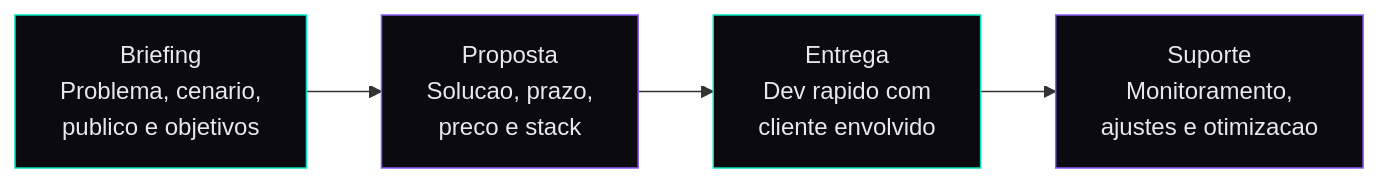
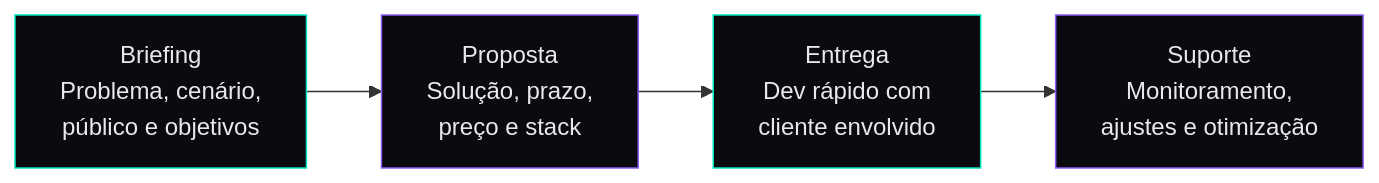
The diagram in README.md (barbosamaker/barbosamaker), drawn with Mermaid before and after one commit. The commit also changed other lines of this file, not shown here.

````diff
--- a/README.md
+++ b/README.md
@@ -219,11 +222,11 @@
 ```mermaid
 graph LR
-    A["Briefing<br/>Problema, cenario,<br/>publico e objetivos"] --> B["Proposta<br/>Solucao, prazo,<br/>preco e stack"]
-    B --> C["Entrega<br/>Dev rapido com<br/>cliente envolvido"]
-    C --> D["Suporte<br/>Monitoramento,<br/>ajustes e otimizacao"]
+    A["Briefing<br/>Problema, cenário,<br/>público e objetivos"] --> B["Proposta<br/>Solução, prazo,<br/>preço e stack"]
+    B --> C["Entrega<br/>Dev rápido com<br/>cliente envolvido"]
+    C --> D["Suporte<br/>Monitoramento,<br/>ajustes e otimização"]
 
     style A fill:#0a0a0f,stroke:#00e5bf,color:#e8e8f0
     style B fill:#0a0a0f,stroke:#8b5cf6,color:#e8e8f0
     style C fill:#0a0a0f,stroke:#00e5bf,color:#e8e8f0
     style D fill:#0a0a0f,stroke:#8b5cf6,color:#e8e8f0
 ```
````
